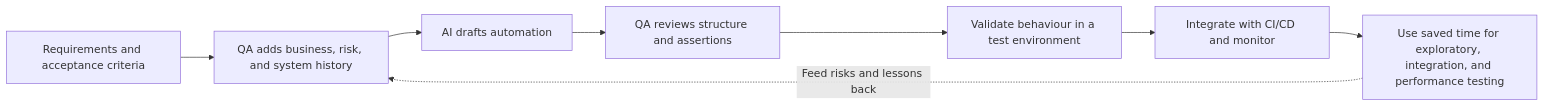
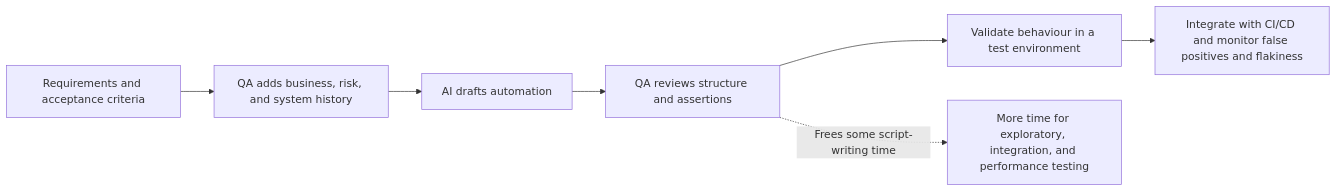
The first of 7 diagrams in src/blog/en/AI-Testing/from-script-writer-to-test-strategist.mdx (naodeng/naodeng.com.cn), drawn with Mermaid before and after one commit. The commit also changed other lines of this file and 10 other files, not shown here.

Commit message:
docs: review November blog diagrams

````diff
--- a/src/blog/en/AI-Testing/from-script-writer-to-test-strategist.mdx
+++ b/src/blog/en/AI-Testing/from-script-writer-to-test-strategist.mdx
@@ -25,10 +25,9 @@
 ```mermaid
 flowchart LR
     A[Requirements and acceptance criteria] --> B[QA adds business, risk, and system history]
     B --> C[AI drafts automation]
     C --> D[QA reviews structure and assertions]
     D --> E[Validate behaviour in a test environment]
-    E --> F[Integrate with CI/CD and monitor]
-    F --> G[Use saved time for exploratory, integration, and performance testing]
-    G -.Feed risks and lessons back.-> B
+    E --> F[Integrate with CI/CD and monitor false positives and flakiness]
+    D -.Frees some script-writing time.-> G[More time for exploratory, integration, and performance testing]
 ```
````
